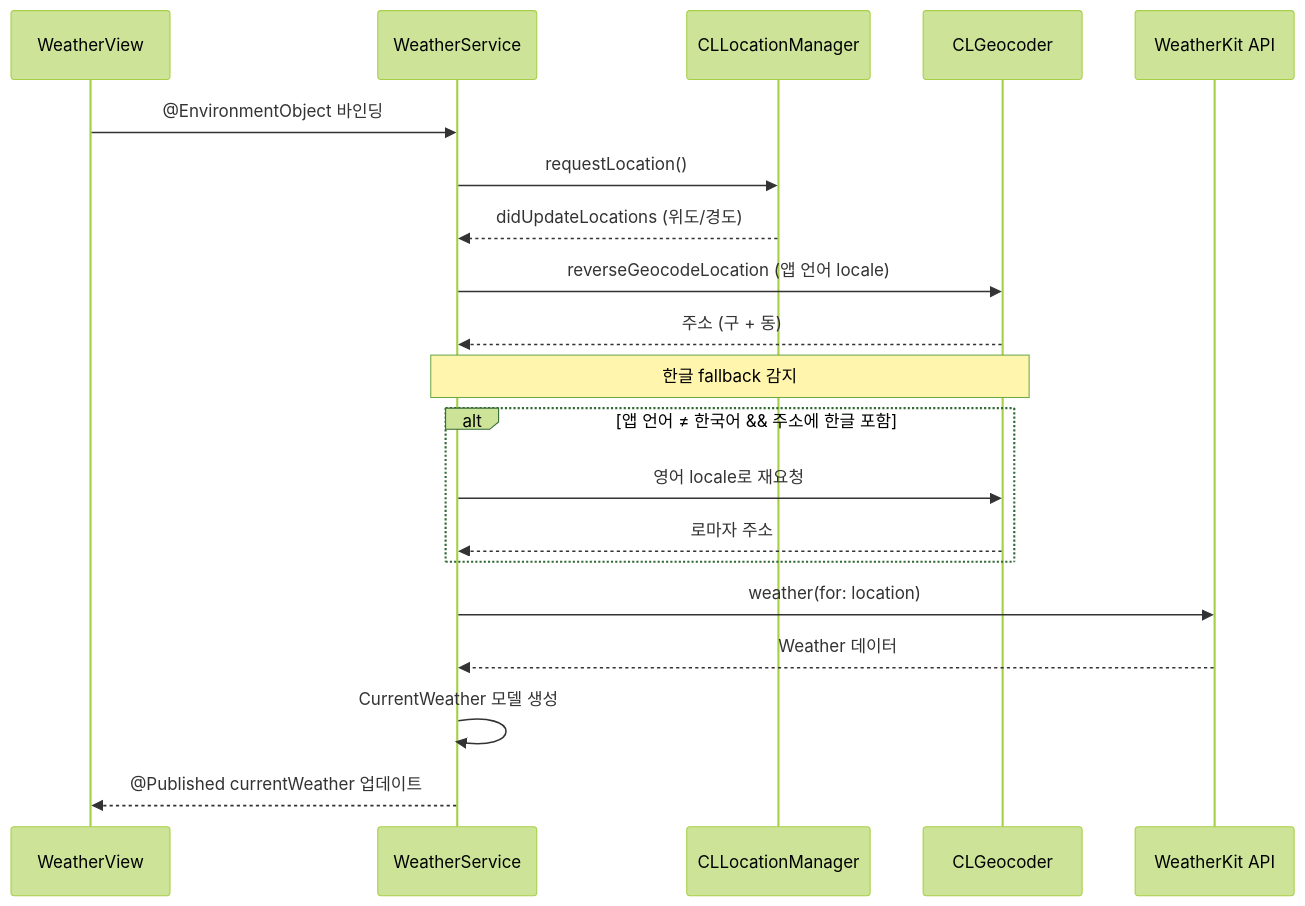
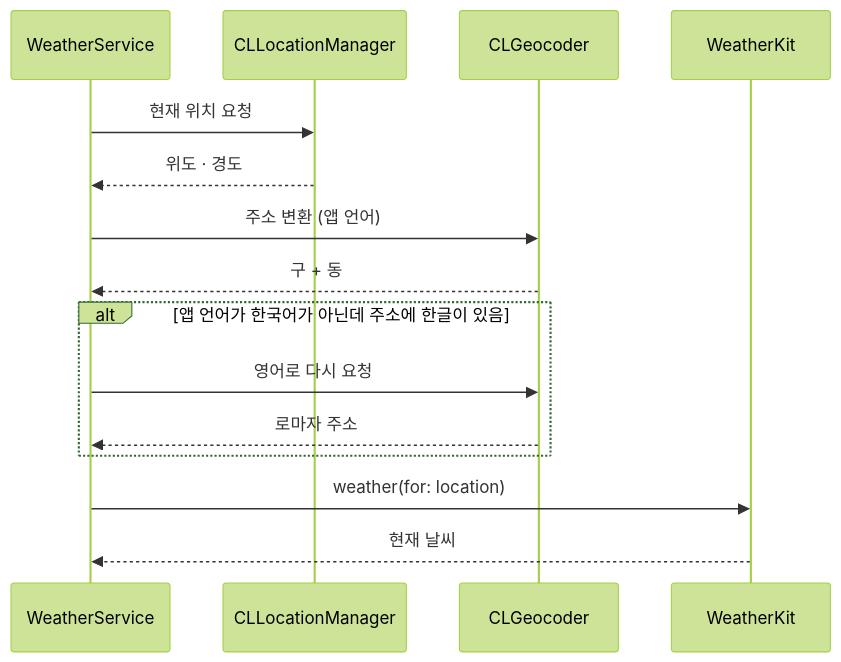
Before and after one commit to Reimos7/Diary: the second of 3 diagrams in README.md, drawn with Mermaid (forest theme). The commit also changed other lines of this file, not shown here.

````diff
--- a/README.md
+++ b/README.md
@@ -148,25 +247,18 @@
 ```mermaid
 sequenceDiagram
-    participant UI as WeatherView
     participant WS as WeatherService
     participant CL as CLLocationManager
     participant GC as CLGeocoder
-    participant WK as WeatherKit API
+    participant WK as WeatherKit
 
-    UI->>WS: @EnvironmentObject 바인딩
-    WS->>CL: requestLocation()
-    CL-->>WS: didUpdateLocations (위도/경도)
-    WS->>GC: reverseGeocodeLocation (앱 언어 locale)
-    GC-->>WS: 주소 (구 + 동)
-
-    Note over WS,GC: 한글 fallback 감지
-    alt 앱 언어 ≠ 한국어 && 주소에 한글 포함
-        WS->>GC: 영어 locale로 재요청
+    WS->>CL: 현재 위치 요청
+    CL-->>WS: 위도 · 경도
+    WS->>GC: 주소 변환 (앱 언어)
+    GC-->>WS: 구 + 동
+    alt 앱 언어가 한국어가 아닌데 주소에 한글이 있음
+        WS->>GC: 영어로 다시 요청
         GC-->>WS: 로마자 주소
     end
-
     WS->>WK: weather(for: location)
-    WK-->>WS: Weather 데이터
-    WS->>WS: CurrentWeather 모델 생성
-    WS-->>UI: @Published currentWeather 업데이트
+    WK-->>WS: 현재 날씨
 ```
````
